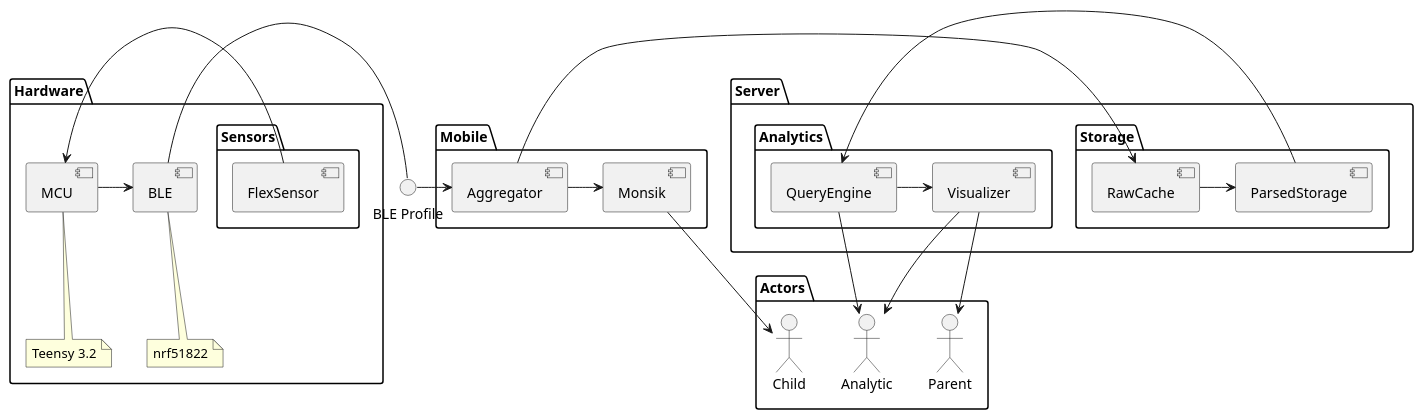
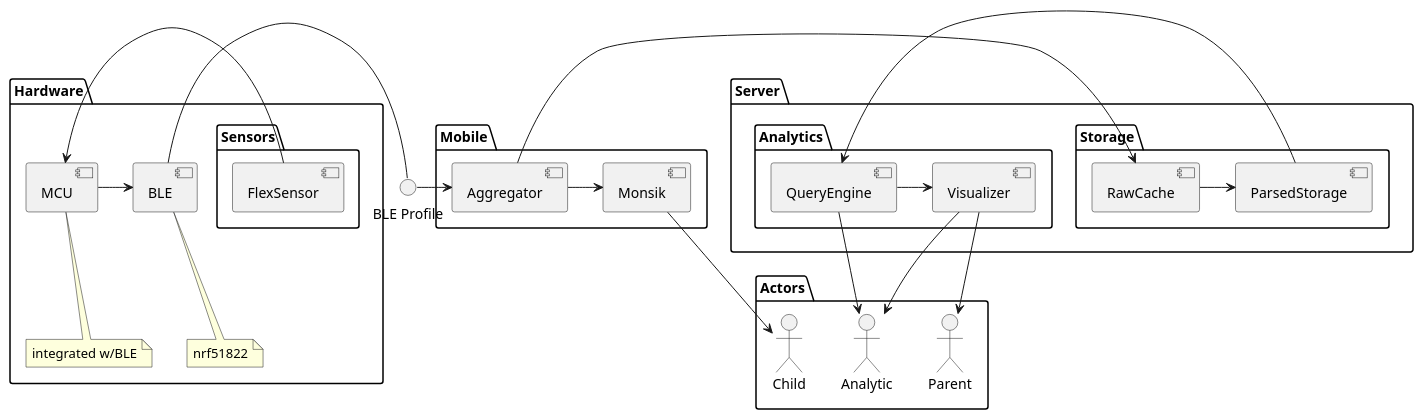
Before and after one commit to motorica-org/telemetry-docs: the diagram in architecture.puml, drawn with PlantUML.

Commit message:
feat(Architecture): We don't use a dedicated Teensy anymore

```diff
--- a/architecture.puml
+++ b/architecture.puml
@@ -1,49 +1,49 @@
 @startuml
 skinparam componentStyle uml2
 
 interface "BLE Profile" [[https://github.com/motorica-org/telemetry-docs/wiki/BLE-Profile]]
 
 package Hardware {
     component MCU
     component BLE
 
     package Sensors {
         [FlexSensor] -> [MCU]
     }
 
     [MCU] -> [BLE]
     [BLE] - (BLE Profile)
 
-    note bottom of [MCU]: Teensy 3.2
+    note bottom of [MCU]: integrated w/BLE
     note bottom of [BLE]: nrf51822
 }
 
 package Mobile {
     (BLE Profile) -> [Aggregator]
     [Aggregator] -> [Monsik]
 }
 
 package Server {
     package Storage {
         [Aggregator] -> [RawCache]
         [RawCache] -> [ParsedStorage]
     }
     package Analytics {
         [ParsedStorage] -> [QueryEngine]
         [QueryEngine] -> [Visualizer]
     }
 }
 
 package Actors {
     actor Child
     actor Parent
     actor Analytic
 
     Child <- [Monsik]
 
     Parent <- [Visualizer]
 
     Analytic <-u- [QueryEngine]
     Analytic <-u- [Visualizer]
 }
 @enduml
```
